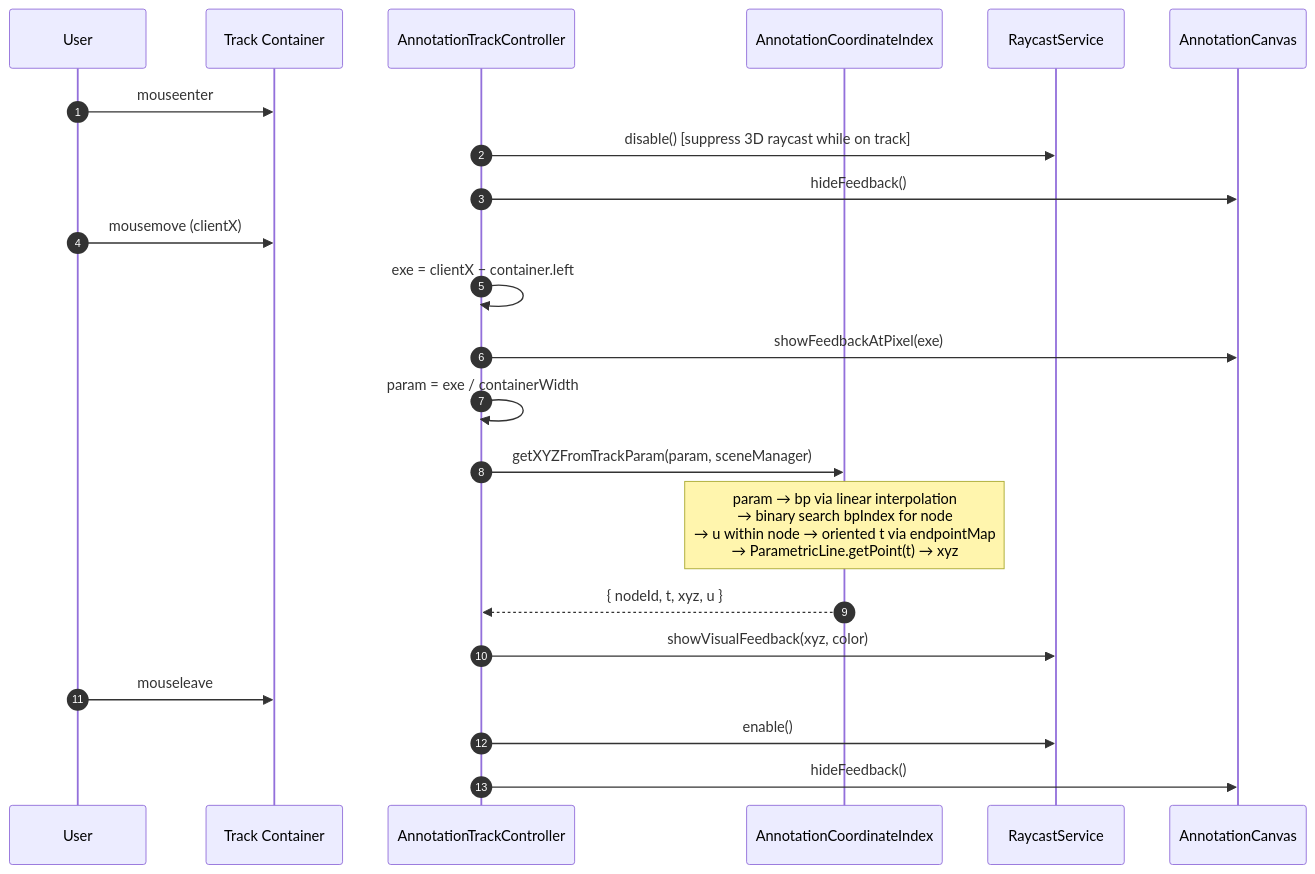
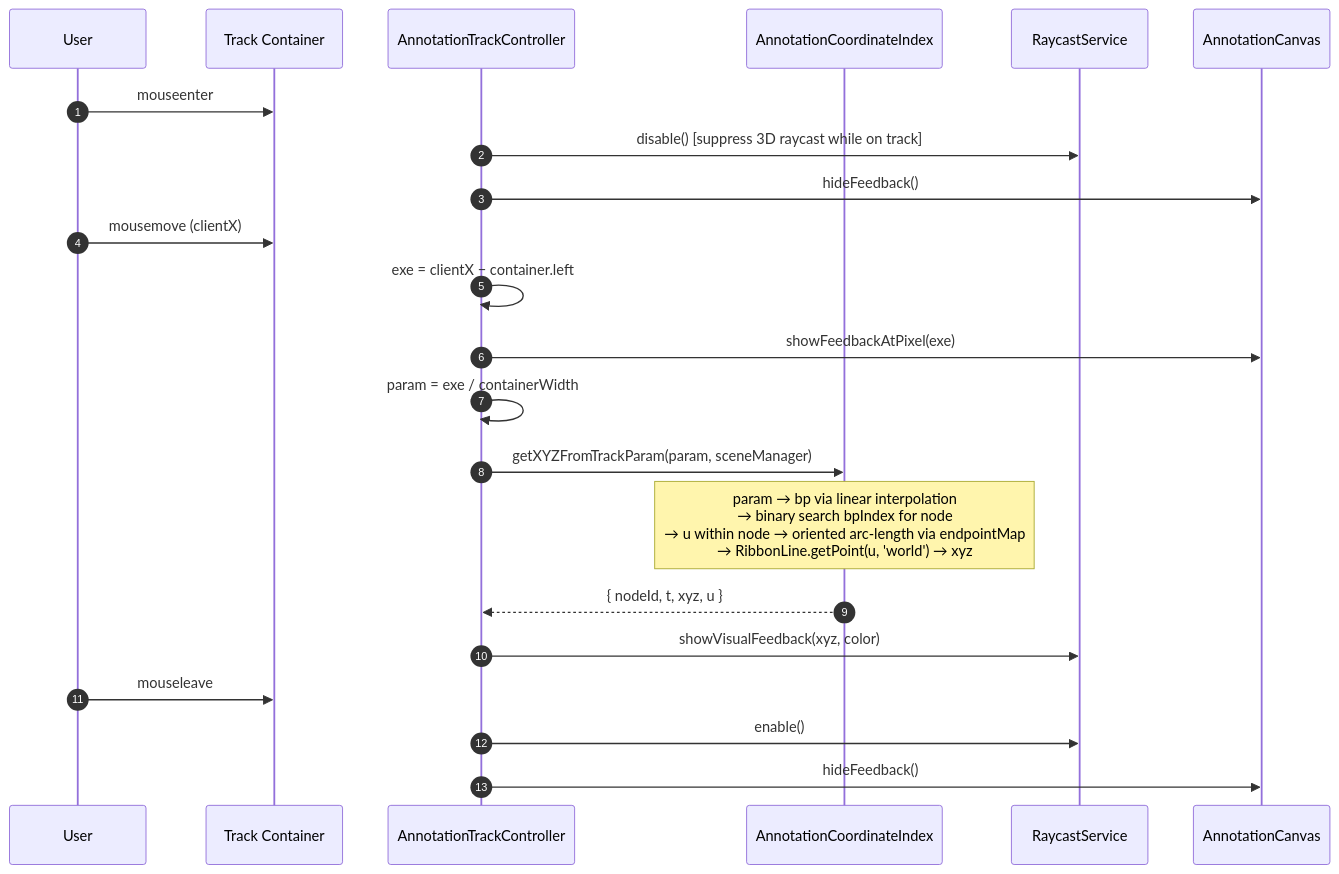
Before and after one commit to CAST-genomics/pgb: the fifth of 9 diagrams in notes/architecture/annotation-track-interaction.md, drawn with Mermaid. The commit also changed other lines of this file, not shown here.

````diff
--- a/notes/architecture/annotation-track-interaction.md
+++ b/notes/architecture/annotation-track-interaction.md
@@ -233,30 +237,30 @@
 ```mermaid
 %%{init: {'themeVariables': {'fontSize': '16px'}}}%%
 sequenceDiagram
     autonumber
     participant User
     participant DOM as Track Container
     participant ATC as AnnotationTrackController
     participant ACI as AnnotationCoordinateIndex
     participant RS as RaycastService
     participant AC as AnnotationCanvas
 
     User->>DOM: mouseenter
     ATC->>RS: disable() [suppress 3D raycast while on track]
     ATC->>AC: hideFeedback()
 
     User->>DOM: mousemove (clientX)
     ATC->>ATC: exe = clientX − container.left
     ATC->>AC: showFeedbackAtPixel(exe)
     ATC->>ATC: param = exe / containerWidth
 
     ATC->>ACI: getXYZFromTrackParam(param, sceneManager)
-    Note over ACI: param → bp via linear interpolation<br/>→ binary search bpIndex for node<br/>→ u within node → oriented t via endpointMap<br/>→ ParametricLine.getPoint(t) → xyz
+    Note over ACI: param → bp via linear interpolation<br/>→ binary search bpIndex for node<br/>→ u within node → oriented arc-length via endpointMap<br/>→ RibbonLine.getPoint(u, 'world') → xyz
     ACI-->>ATC: { nodeId, t, xyz, u }
 
     ATC->>RS: showVisualFeedback(xyz, color)
 
     User->>DOM: mouseleave
     ATC->>RS: enable()
     ATC->>AC: hideFeedback()
 ```
````
